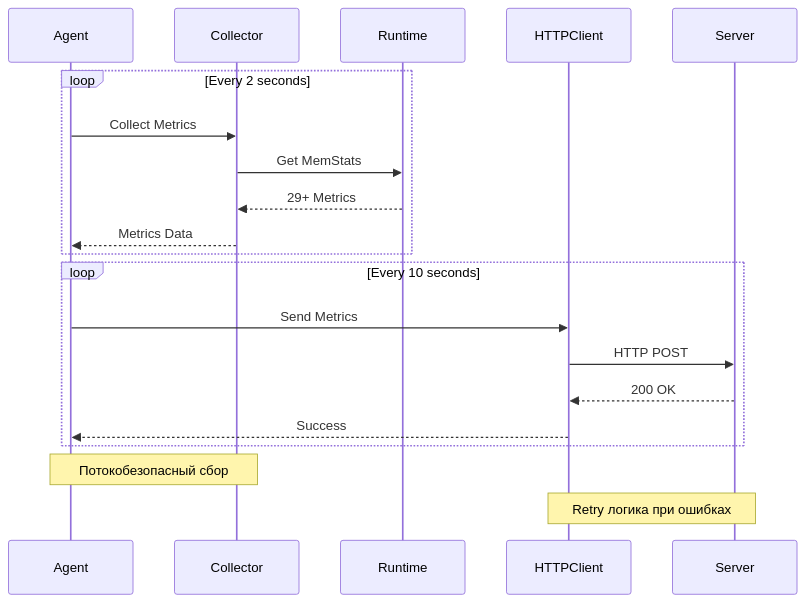
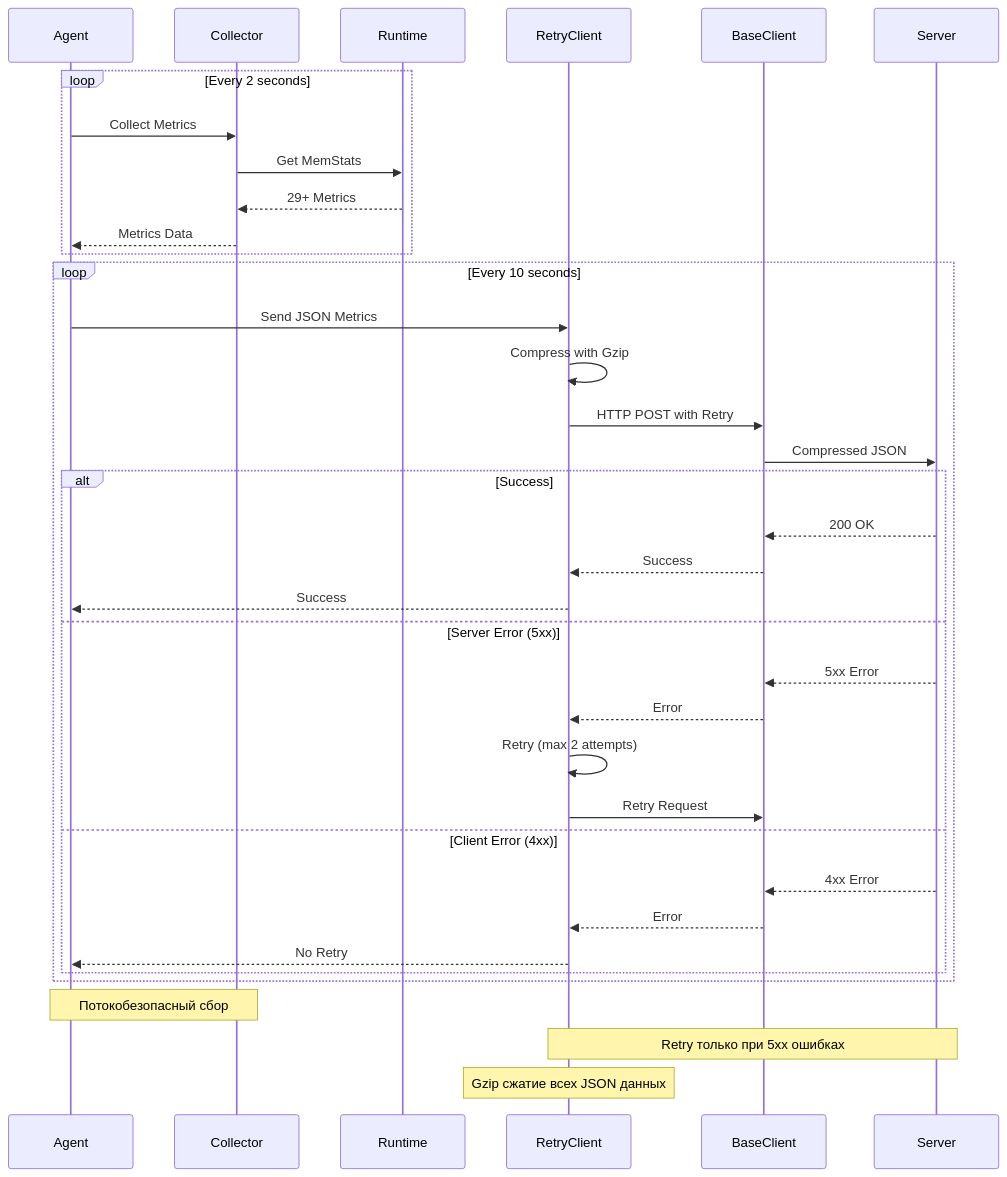
The second of 2 diagrams in internal/agent/README.md (IgorKilipenko/metrical), drawn with Mermaid before and after one commit. The commit also changed other lines of this file, not shown here.

Commit message:
docs: update README to reflect new features and architecture changes

````diff
--- a/internal/agent/README.md
+++ b/internal/agent/README.md
@@ -50,25 +57,41 @@
 ```mermaid
 sequenceDiagram
     participant Agent
     participant Collector
     participant Runtime
-    participant HTTPClient
+    participant RetryClient
+    participant BaseClient
     participant Server
     
     loop Every 2 seconds
         Agent->>Collector: Collect Metrics
         Collector->>Runtime: Get MemStats
         Runtime-->>Collector: 29+ Metrics
         Collector-->>Agent: Metrics Data
     end
     
     loop Every 10 seconds
-        Agent->>HTTPClient: Send Metrics
-        HTTPClient->>Server: HTTP POST
-        Server-->>HTTPClient: 200 OK
-        HTTPClient-->>Agent: Success
+        Agent->>RetryClient: Send JSON Metrics
+        RetryClient->>RetryClient: Compress with Gzip
+        RetryClient->>BaseClient: HTTP POST with Retry
+        BaseClient->>Server: Compressed JSON
+        alt Success
+            Server-->>BaseClient: 200 OK
+            BaseClient-->>RetryClient: Success
+            RetryClient-->>Agent: Success
+        else Server Error (5xx)
+            Server-->>BaseClient: 5xx Error
+            BaseClient-->>RetryClient: Error
+            RetryClient->>RetryClient: Retry (max 2 attempts)
+            RetryClient->>BaseClient: Retry Request
+        else Client Error (4xx)
+            Server-->>BaseClient: 4xx Error
+            BaseClient-->>RetryClient: Error
+            RetryClient-->>Agent: No Retry
+        end
     end
     
     Note over Agent,Collector: Потокобезопасный сбор
-    Note over HTTPClient,Server: Retry логика при ошибках
+    Note over RetryClient,Server: Retry только при 5xx ошибках
+    Note over RetryClient: Gzip сжатие всех JSON данных
 ```
````
